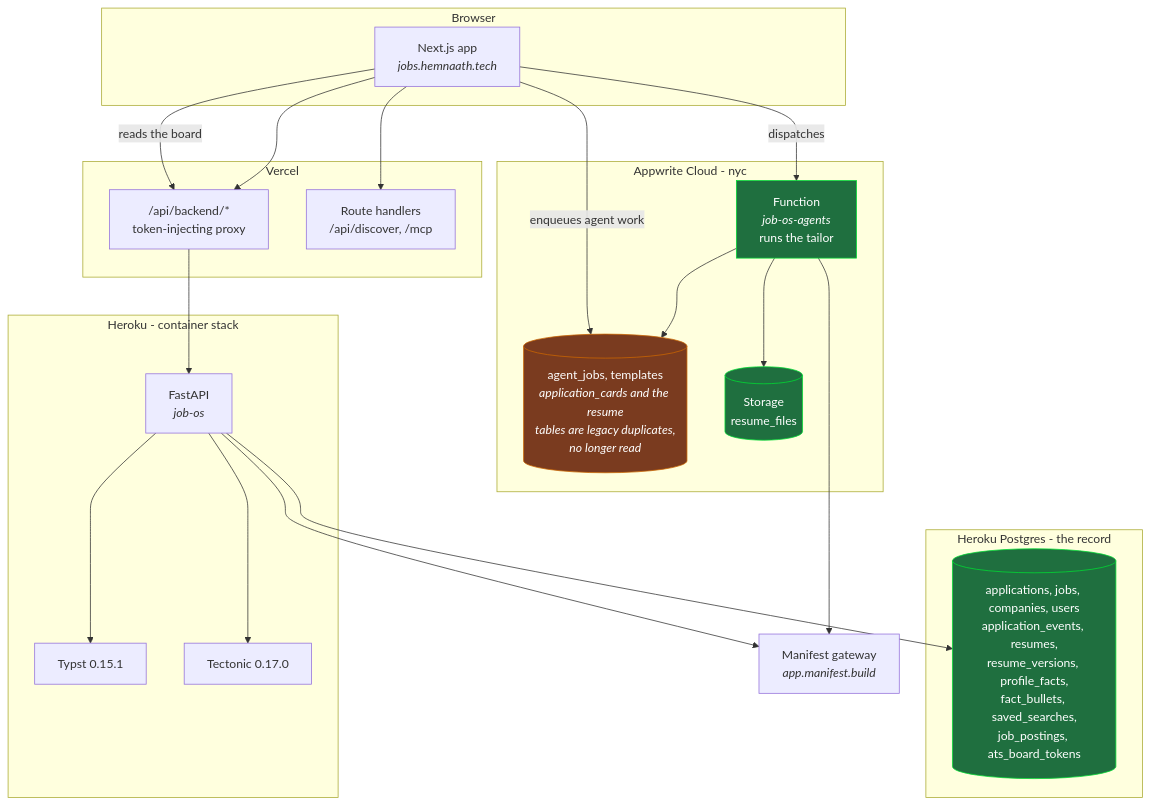
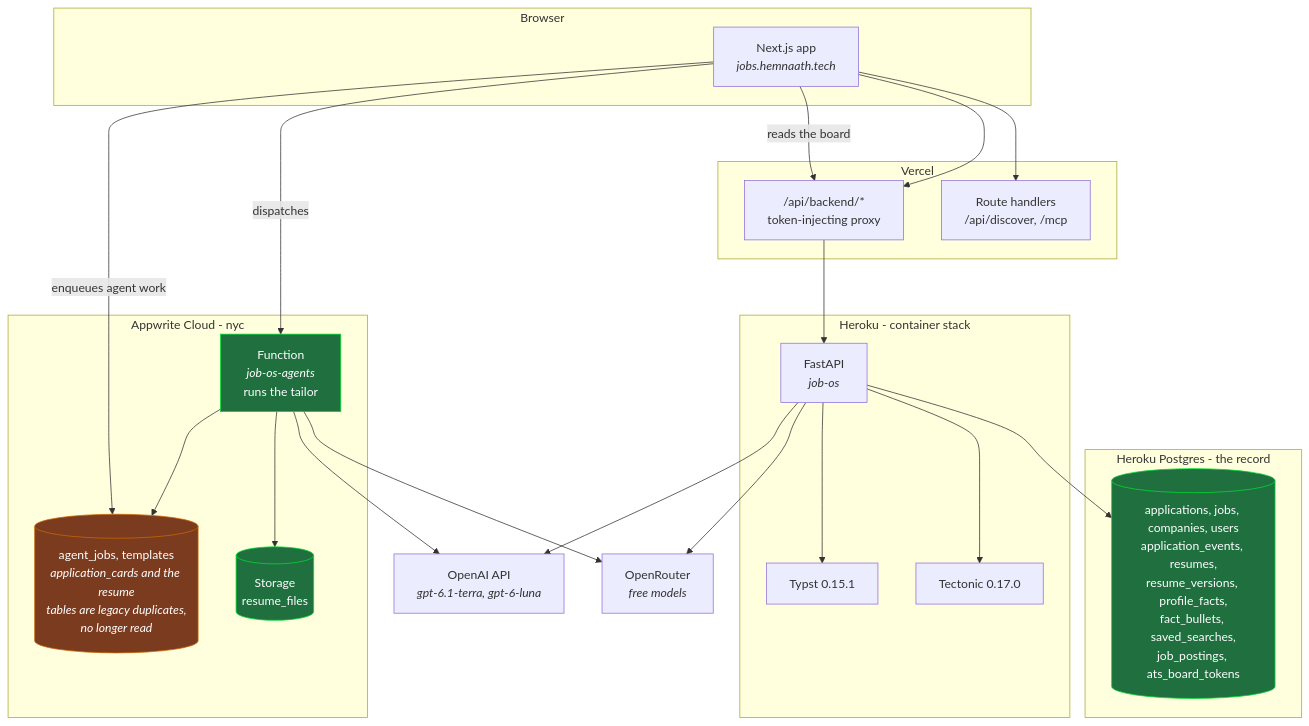
The diagram in ARCHITECTURE.md (hemnaath04/job-os), drawn with Mermaid before and after one commit. The commit also changed other lines of this file and 55 other files, not shown here.

````diff
--- a/ARCHITECTURE.md
+++ b/ARCHITECTURE.md
@@ -17,47 +17,50 @@
 ```mermaid
 flowchart TB
     subgraph browser["Browser"]
         web["Next.js app<br/><i>jobs.hemnaath.tech</i>"]
     end
 
     subgraph vercel["Vercel"]
         proxy["/api/backend/*<br/>token-injecting proxy"]
         routes["Route handlers<br/>/api/discover, /mcp"]
     end
 
     subgraph heroku["Heroku - container stack"]
         api["FastAPI<br/><i>job-os</i>"]
         typst["Typst 0.15.1"]
         tectonic["Tectonic 0.17.0"]
     end
 
     subgraph appwrite["Appwrite Cloud - nyc"]
         cards[("agent_jobs, templates<br/><i>application_cards and the resume<br/>tables are legacy duplicates,<br/>no longer read</i>")]
         files[("Storage<br/>resume_files")]
         agent["Function<br/><i>job-os-agents</i><br/>runs the tailor"]
     end
 
     subgraph pg["Heroku Postgres - the record"]
         tables[("applications, jobs, companies, users<br/>application_events, resumes,<br/>resume_versions, profile_facts,<br/>fact_bullets, saved_searches,<br/>job_postings, ats_board_tokens")]
     end
 
-    gateway["Manifest gateway<br/><i>app.manifest.build</i>"]
+    llm["OpenAI API<br/><i>gpt-6.1-terra, gpt-6-luna</i>"]
+    openrouter["OpenRouter<br/><i>free models</i>"]
 
     web -->|"reads the board"| proxy
     web -->|"enqueues agent work"| cards
     web --> proxy --> api
     web --> routes
     web -->|"dispatches"| agent
     api --> tables
     api --> typst
     api --> tectonic
-    api --> gateway
-    agent --> gateway
+    api --> llm
+    api --> openrouter
+    agent --> llm
+    agent --> openrouter
     agent --> cards
     agent --> files
 
     classDef live fill:#1f6f3f,stroke:#0d3,color:#fff
     classDef legacy fill:#7a3b1f,stroke:#c60,color:#fff
     class tables,files,agent live
     class cards legacy
 ```
````
